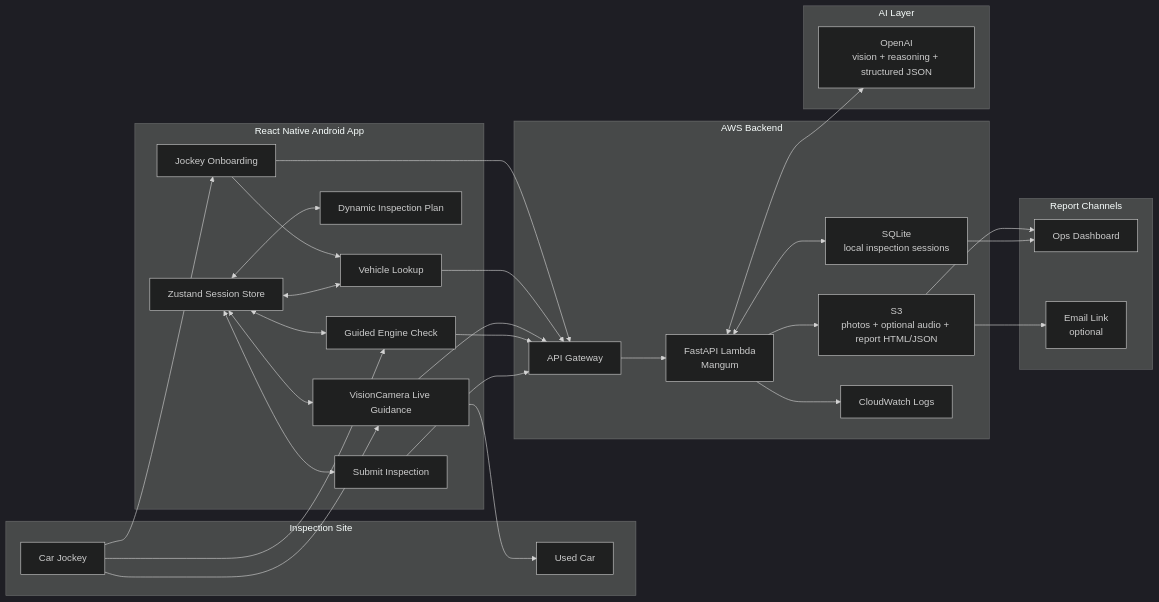
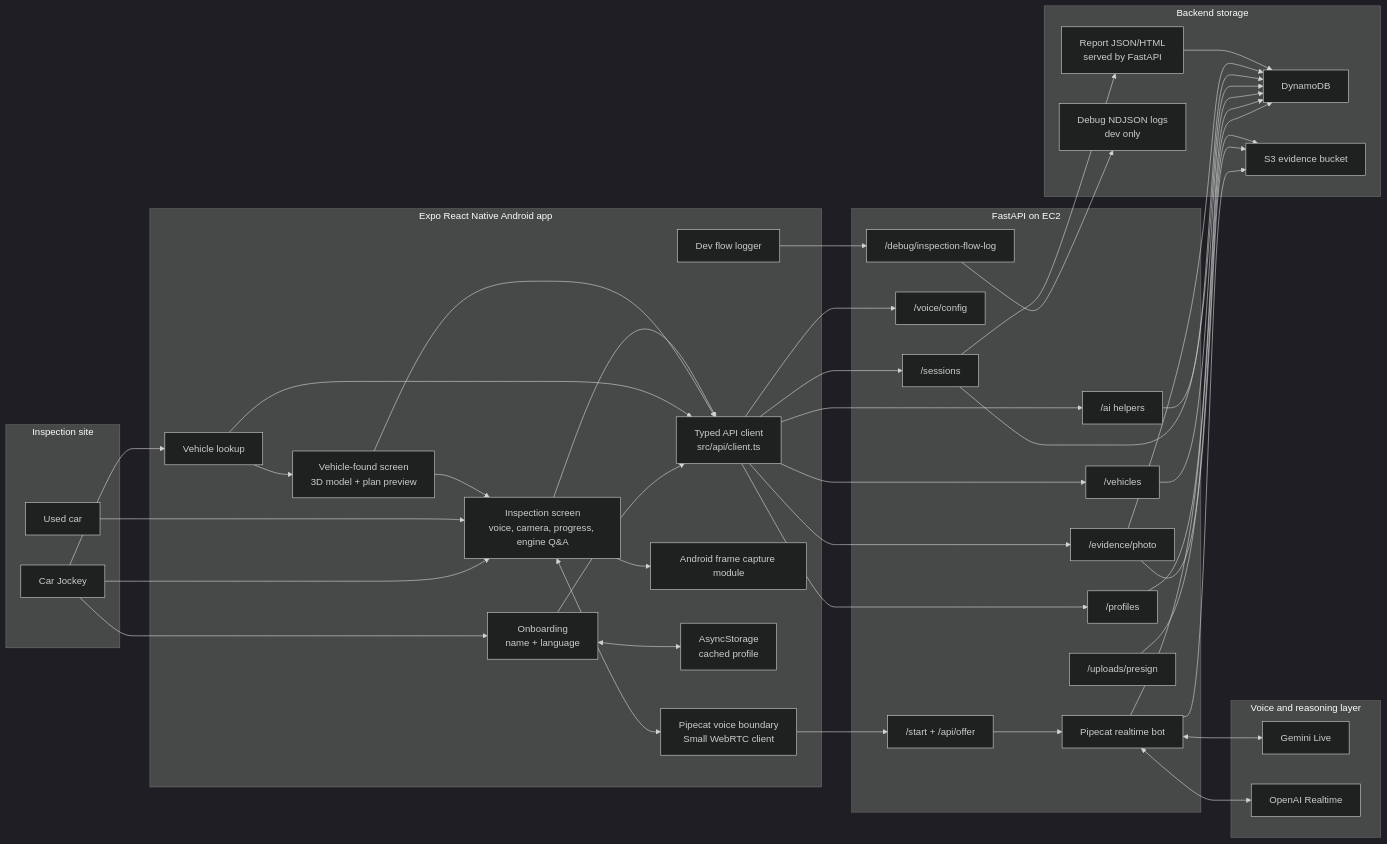
The second of 11 diagrams in ARCHITECTURE.md (adityabhattad2021/Inspection-Copilot), drawn with Mermaid (dark theme) before and after one commit. The commit also changed other lines of this file, not shown here.

Commit message:
docs: update architecture md

````diff
--- a/ARCHITECTURE.md
+++ b/ARCHITECTURE.md
@@ -18,58 +59,84 @@
 ```mermaid
 flowchart LR
-  subgraph User["Inspection Site"]
+  subgraph Field["Inspection site"]
     J["Car Jockey"]
-    C["Used Car"]
+    Car["Used car"]
   end
 
-  subgraph App["React Native Android App"]
-    Onboarding["Jockey Onboarding"]
-    Lookup["Vehicle Lookup"]
-    Plan["Dynamic Inspection Plan"]
-    Camera["VisionCamera Live Guidance"]
-    Engine["Guided Engine Check"]
-    Submit["Submit Inspection"]
-    Store["Zustand Session Store"]
+  subgraph Mobile["Expo React Native Android app"]
+    Onboarding["Onboarding<br/>name + language"]
+    Lookup["Vehicle lookup"]
+    Found["Vehicle-found screen<br/>3D model + plan preview"]
+    Inspection["Inspection screen<br/>voice, camera, progress, engine Q&A"]
+    ApiClient["Typed API client<br/>src/api/client.ts"]
+    VoiceBoundary["Pipecat voice boundary<br/>Small WebRTC client"]
+    FrameCapture["Android frame capture module"]
+    Cache["AsyncStorage<br/>cached profile"]
+    DebugClient["Dev flow logger"]
   end
 
-  subgraph AWS["AWS Backend"]
-    API["API Gateway"]
-    Lambda["FastAPI Lambda<br/>Mangum"]
-    DDB["SQLite<br/>local inspection sessions"]
-    S3["S3<br/>photos + optional audio + report HTML/JSON"]
-    Logs["CloudWatch Logs"]
+  subgraph Backend["FastAPI on EC2"]
+    Profiles["/profiles"]
+    Vehicles["/vehicles"]
+    Sessions["/sessions"]
+    AIHelpers["/ai helpers"]
+    Evidence["/evidence/photo"]
+    Uploads["/uploads/presign"]
+    VoiceConfig["/voice/config"]
+    WebRTC["/start + /api/offer"]
+    Debug["/debug/inspection-flow-log"]
+    Bot["Pipecat realtime bot"]
   end
 
-  subgraph AI["AI Layer"]
-    OpenAI["OpenAI<br/>vision + reasoning + structured JSON"]
+  subgraph Storage["Backend storage"]
+    DDB["DynamoDB"]
+    S3["S3 evidence bucket"]
+    Reports["Report JSON/HTML<br/>served by FastAPI"]
+    Logs["Debug NDJSON logs<br/>dev only"]
   end
 
-  subgraph Reports["Report Channels"]
-    Dashboard["Ops Dashboard"]
-    Email["Email Link<br/>optional"]
+  subgraph LLM["Voice and reasoning layer"]
+    Gemini["Gemini Live"]
+    OpenAI["OpenAI Realtime"]
   end
 
   J --> Onboarding
-  Onboarding --> Lookup
-  J --> Camera
-  J --> Engine
-  Camera --> C
-  Onboarding --> API
-  Lookup --> API
-  Camera --> API
-  Engine --> API
-  Submit --> API
-  API --> Lambda
-  Lambda <--> DDB
-  Lambda --> S3
-  Lambda <--> OpenAI
-  Lambda --> Logs
-  S3 --> Dashboard
-  S3 --> Email
-  DDB --> Dashboard
-  Store <--> Lookup
-  Store <--> Plan
-  Store <--> Camera
-  Store <--> Engine
-  Store <--> Submit
+  J --> Lookup
+  J --> Inspection
+  Car --> Inspection
+  Onboarding <--> Cache
+  Lookup --> Found
+  Found --> Inspection
+  Onboarding --> ApiClient
+  Lookup --> ApiClient
+  Found --> ApiClient
+  Inspection --> ApiClient
+  Inspection <--> VoiceBoundary
+  Inspection --> FrameCapture
+  DebugClient --> Debug
+
+  ApiClient --> Profiles
+  ApiClient --> Vehicles
+  ApiClient --> Sessions
+  ApiClient --> AIHelpers
+  ApiClient --> Evidence
+  ApiClient --> VoiceConfig
+  VoiceBoundary --> WebRTC
+
+  WebRTC --> Bot
+  Bot <--> Gemini
+  Bot <--> OpenAI
+  Bot --> DDB
+  Bot --> S3
+
+  Profiles --> DDB
+  Vehicles --> DDB
+  Sessions --> DDB
+  AIHelpers --> DDB
+  Evidence --> DDB
+  Evidence --> S3
+  Uploads --> S3
+  Sessions --> Reports
+  Reports --> DDB
+  Debug --> Logs
 ```
````
